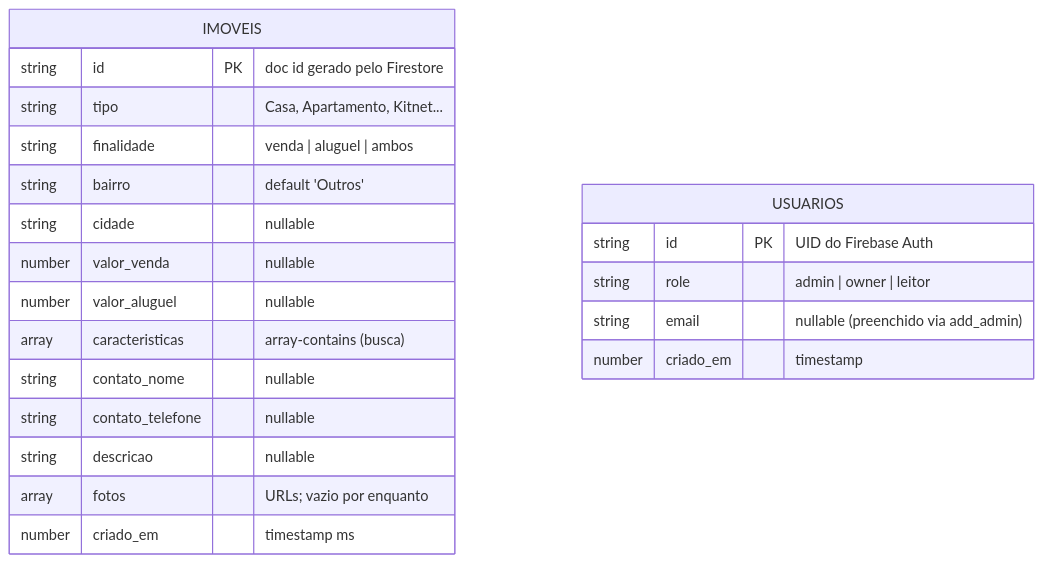
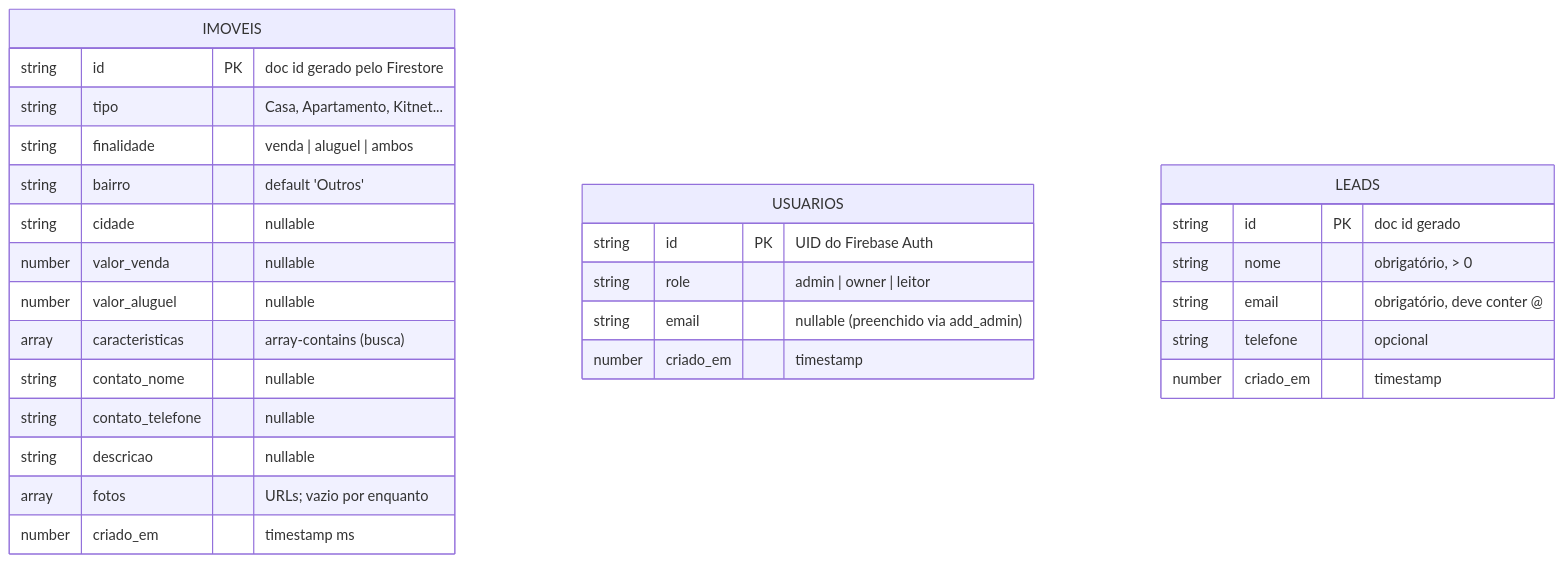
Before and after one commit to renato0503/ImobIA: the first of 3 diagrams in docs/diagrams/04-dados-er.md, drawn with Mermaid. The commit also changed other lines of this file and 15 other files, not shown here.

````diff
--- a/docs/diagrams/04-dados-er.md
+++ b/docs/diagrams/04-dados-er.md
@@ -6,25 +6,33 @@
 ```mermaid
 erDiagram
   IMOVEIS {
     string id PK "doc id gerado pelo Firestore"
     string tipo "Casa, Apartamento, Kitnet..."
     string finalidade "venda | aluguel | ambos"
     string bairro "default 'Outros'"
     string cidade "nullable"
     number valor_venda "nullable"
     number valor_aluguel "nullable"
     array caracteristicas "array-contains (busca)"
     string contato_nome "nullable"
     string contato_telefone "nullable"
     string descricao "nullable"
     array fotos "URLs; vazio por enquanto"
     number criado_em "timestamp ms"
   }
 
   USUARIOS {
     string id PK "UID do Firebase Auth"
     string role "admin | owner | leitor"
     string email "nullable (preenchido via add_admin)"
     number criado_em "timestamp"
   }
+
+  LEADS {
+    string id PK "doc id gerado"
+    string nome "obrigatório, > 0"
+    string email "obrigatório, deve conter @"
+    string telefone "opcional"
+    number criado_em "timestamp"
+  }
 ```
````
